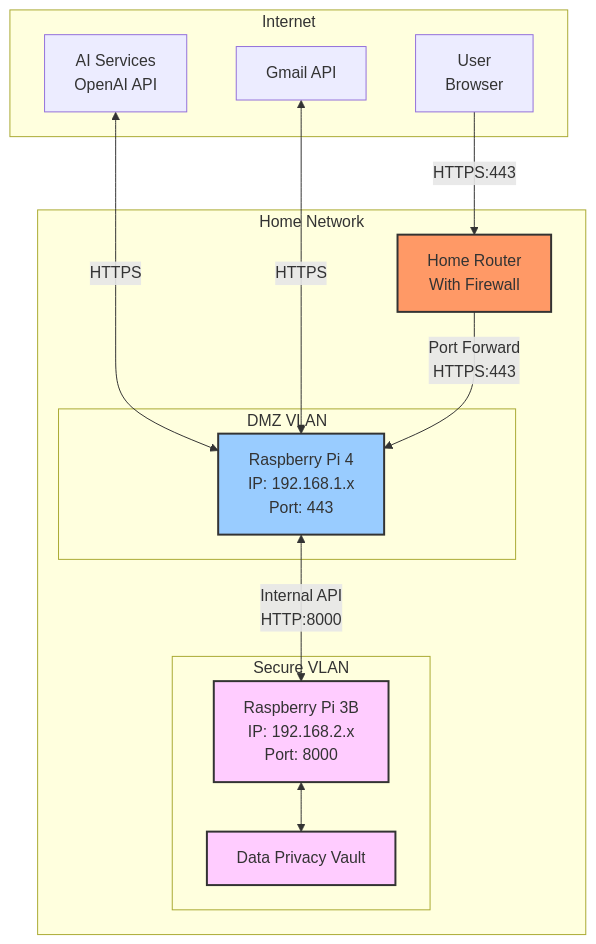
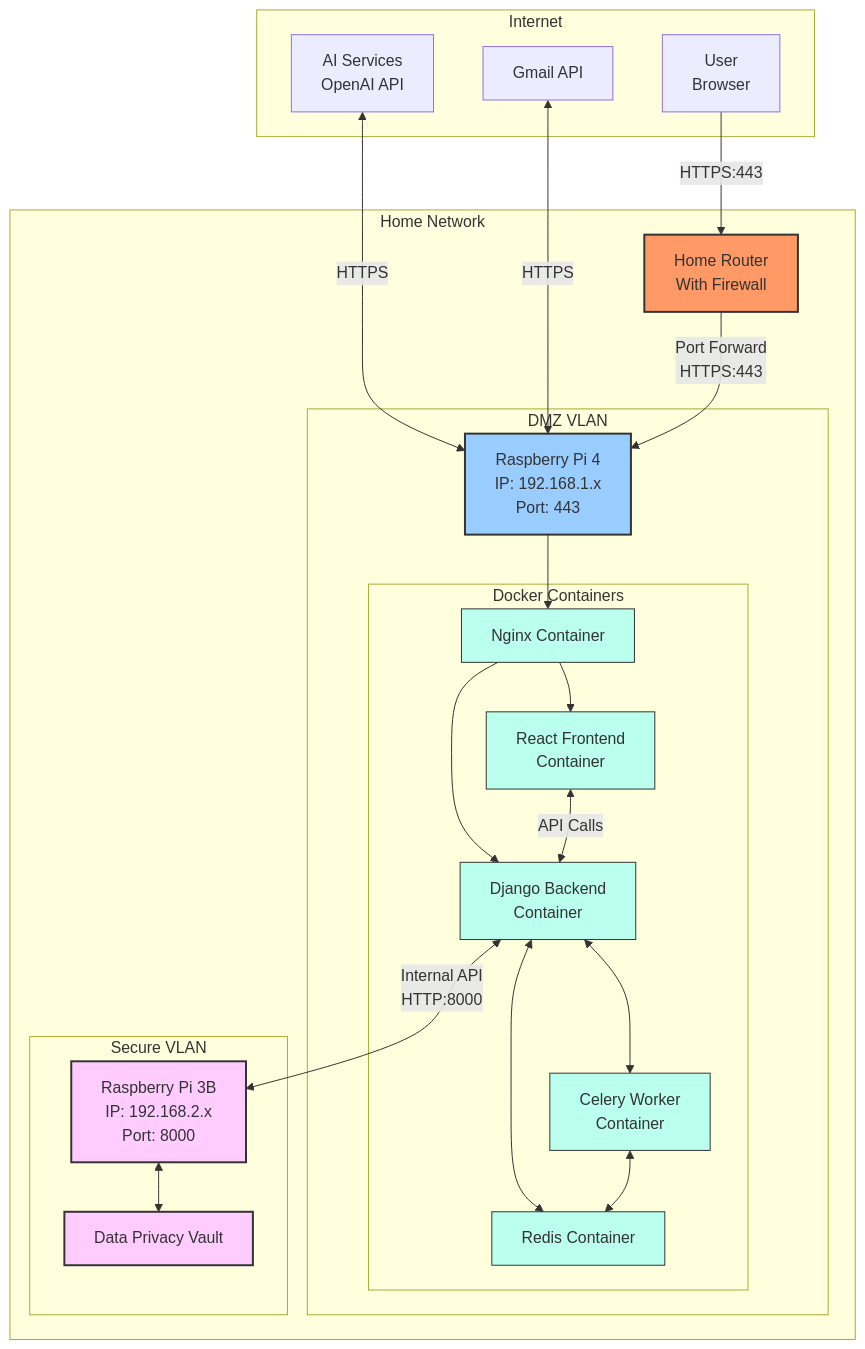
One commit to OlivierSamin1/AI4Devs-Final-Project changed the first of 3 diagrams in exploratory_phase/03_final_project.md. Above: the diagram before and after it, drawn with Mermaid. The commit also changed other lines of this file and 7 other files, not shown here.

````diff
--- a/exploratory_phase/03_final_project.md
+++ b/exploratory_phase/03_final_project.md
@@ -25,34 +26,55 @@
 ```mermaid
 graph TD
     subgraph "Internet"
         User[User\nBrowser]
         AI[AI Services\nOpenAI API]
         Gmail[Gmail API]
     end
     
     subgraph "Home Network"
         Router[Home Router\nWith Firewall]
         
         subgraph "DMZ VLAN"
             RPi4[Raspberry Pi 4\nIP: 192.168.1.x\nPort: 443]
+            
+            subgraph "Docker Containers"
+                WebContainer[Django Backend\nContainer]
+                FrontendContainer[React Frontend\nContainer]
+                NginxContainer[Nginx Container]
+                CeleryContainer[Celery Worker\nContainer]
+                RedisContainer[Redis Container]
+            end
         end
         
         subgraph "Secure VLAN"
             RPi3B[Raspberry Pi 3B\nIP: 192.168.2.x\nPort: 8000]
             DPV[Data Privacy Vault]
         end
     end
     
     User --> |HTTPS:443| Router
     AI <--> |HTTPS| RPi4
     Gmail <--> |HTTPS| RPi4
     
     Router --> |Port Forward\nHTTPS:443| RPi4
-    RPi4 <--> |Internal API\nHTTP:8000| RPi3B
+    RPi4 --> NginxContainer
+    NginxContainer --> FrontendContainer
+    NginxContainer --> WebContainer
+    WebContainer <--> CeleryContainer
+    WebContainer <--> RedisContainer
+    CeleryContainer <--> RedisContainer
+    FrontendContainer <--> |API Calls| WebContainer
+    
+    WebContainer <--> |Internal API\nHTTP:8000| RPi3B
     RPi3B <--> DPV
     
     style Router fill:#f96,stroke:#333,stroke-width:2px
     style RPi4 fill:#9cf,stroke:#333,stroke-width:2px
     style RPi3B fill:#fcf,stroke:#333,stroke-width:2px
     style DPV fill:#fcf,stroke:#333,stroke-width:2px
+    style WebContainer fill:#bfe,stroke:#333,stroke-width:1px
+    style FrontendContainer fill:#bfe,stroke:#333,stroke-width:1px
+    style NginxContainer fill:#bfe,stroke:#333,stroke-width:1px
+    style CeleryContainer fill:#bfe,stroke:#333,stroke-width:1px
+    style RedisContainer fill:#bfe,stroke:#333,stroke-width:1px
 ```
````
